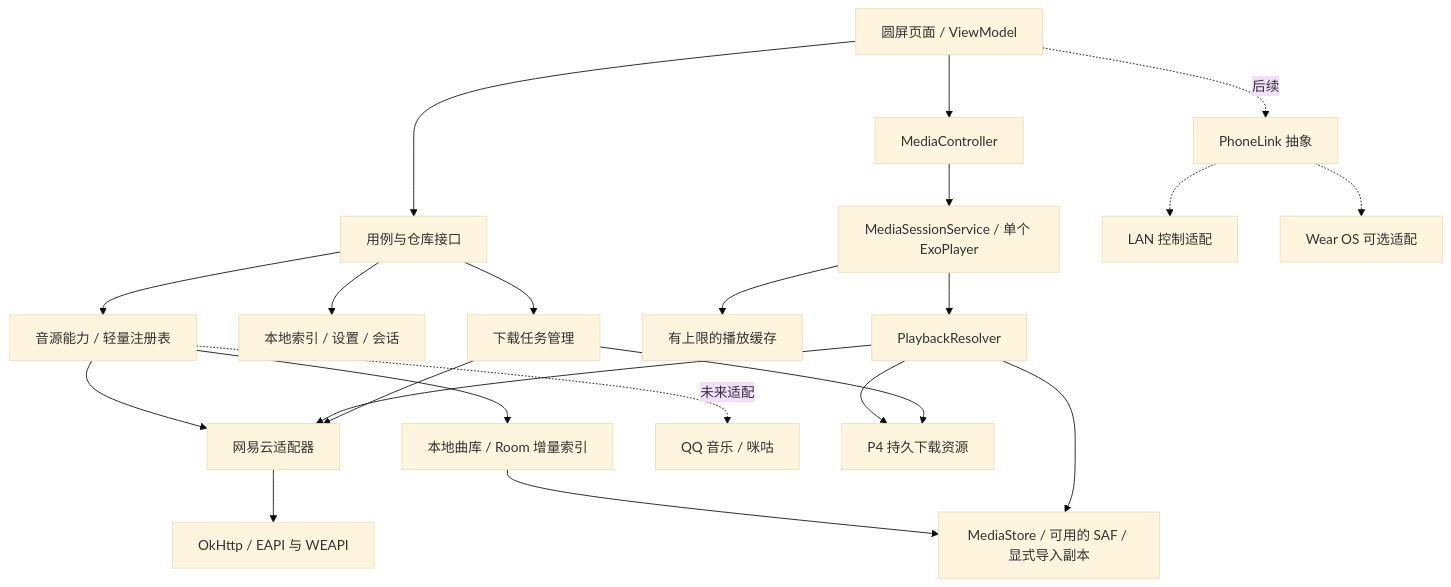
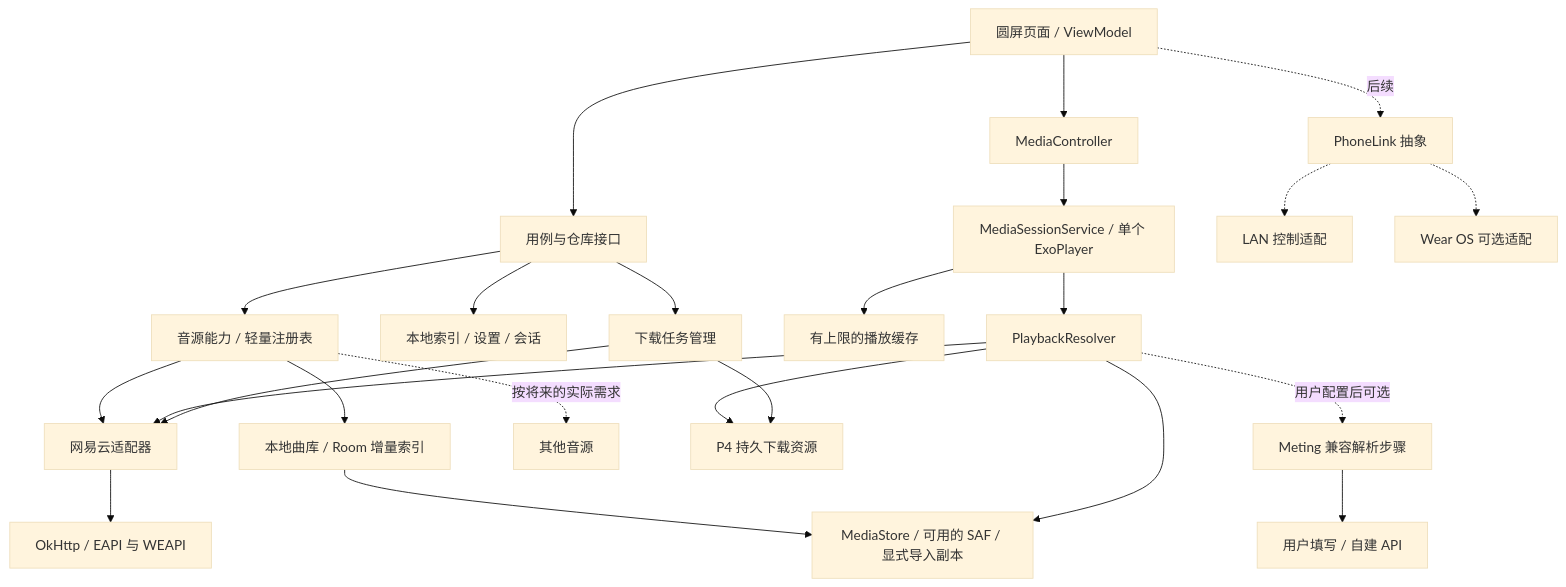
The diagram in docs/03-技术架构与接口.md (OnlineMo/MeloX-Watch), drawn with Mermaid (base theme) before and after one commit. The commit also changed other lines of this file and 19 other files, not shown here.

````diff
--- a/docs/03-技术架构与接口.md
+++ b/docs/03-技术架构与接口.md
@@ -9,24 +9,26 @@
 ```mermaid
 flowchart TD
     UI[圆屏页面 / ViewModel] --> UC[用例与仓库接口]
     UI --> MC[MediaController]
     MC --> PS[MediaSessionService / 单个 ExoPlayer]
     UC --> REG[音源能力 / 轻量注册表]
     REG --> NR[网易云适配器]
     REG --> LR[本地曲库 / Room 增量索引]
-    REG -. 未来适配 .-> EXTRA[QQ 音乐 / 咪咕]
+    REG -. 按将来的实际需求 .-> EXTRA[其他音源]
     LR --> LOCAL[MediaStore / 可用的 SAF / 显式导入副本]
     UC --> DB[本地索引 / 设置 / 会话]
     PS --> RES[PlaybackResolver]
     RES --> LOCAL
     RES --> DL[P4 持久下载资源]
     RES --> NR
+    RES -. 用户配置后可选 .-> MR[Meting 兼容解析步骤]
+    MR --> CUSTOM[用户填写 / 自建 API]
     NR --> HTTP[OkHttp / EAPI 与 WEAPI]
     PS --> CACHE[有上限的播放缓存]
     UC --> DM[下载任务管理]
     DM --> NR
     DM --> DL
     UI -. 后续 .-> LINK[PhoneLink 抽象]
     LINK -.-> LAN[LAN 控制适配]
     LINK -.-> WEAR[Wear OS 可选适配]
 ```
````
